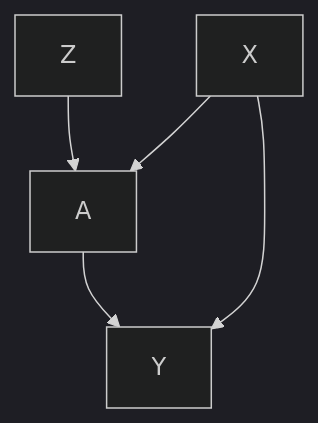
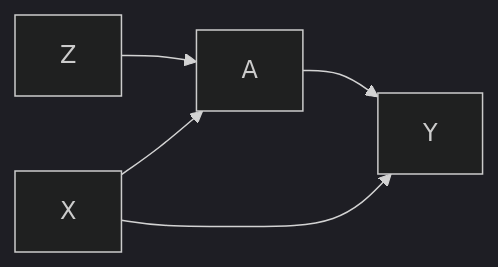
Before and after one commit to lejinvarghese/causal_inference: the second of 2 diagrams in resources/causal_inference_coursera/README.md, drawn with Mermaid (dark theme). The commit also changed other lines of this file and 1 other file, not shown here.

Commit message:
iptw updated and iv started

````diff
--- a/resources/causal_inference_coursera/README.md
+++ b/resources/causal_inference_coursera/README.md
@@ -14,7 +14,7 @@
 ```mermaid
-     flowchart TD;
+     flowchart LR;
         A --> Y;
         Z --> A;
         X --> A;
         X --> Y;
 ```
````
